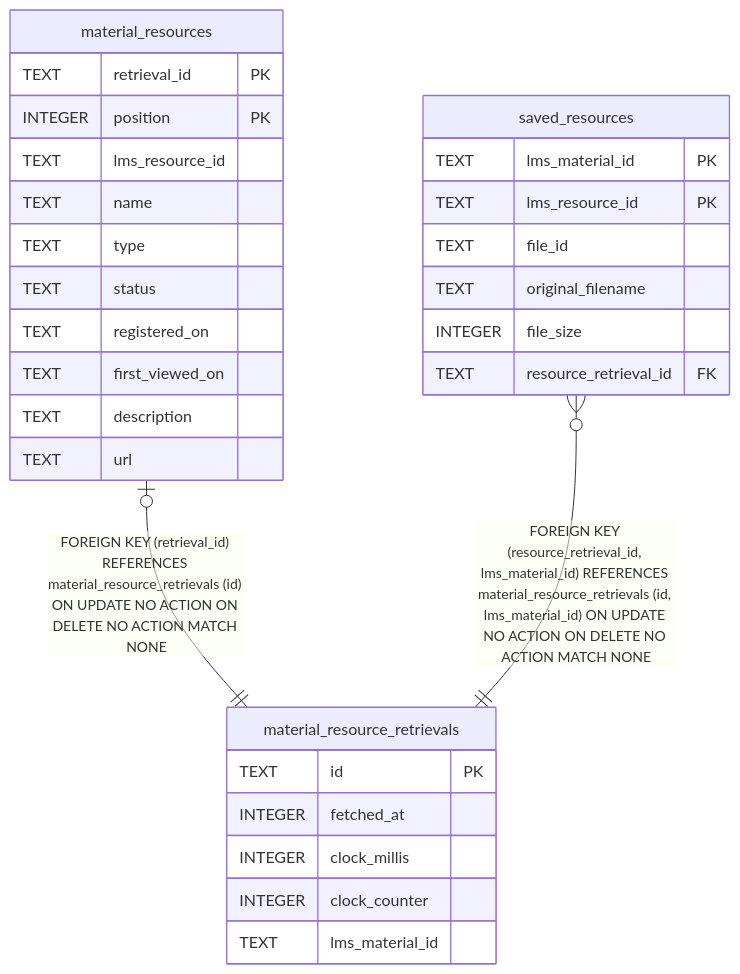
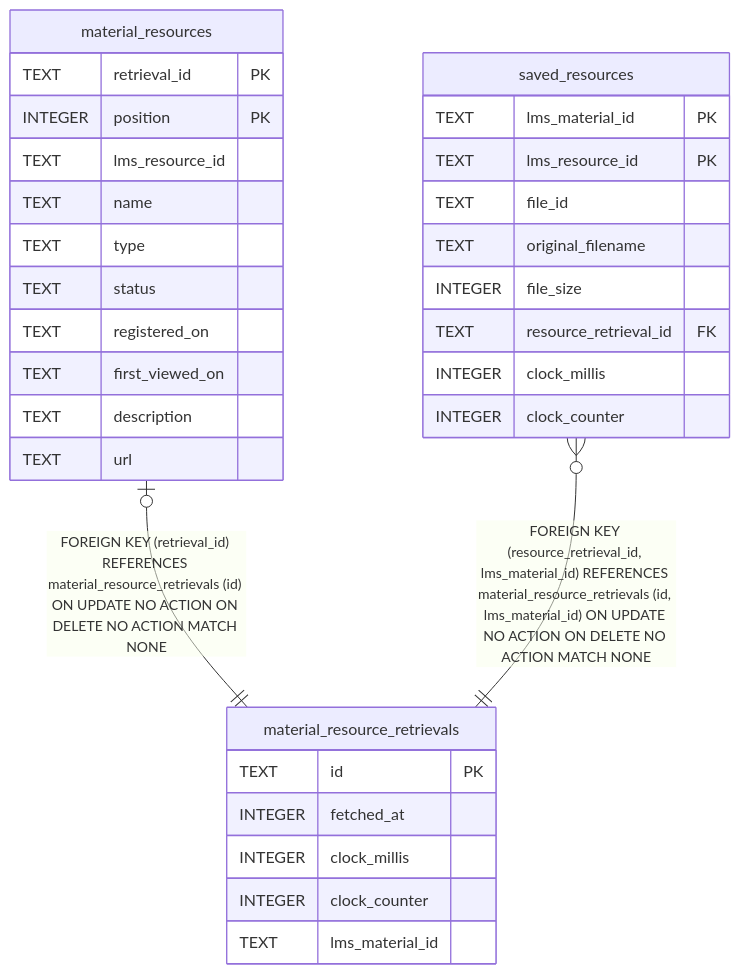
Before and after one commit to futsuuu/ku-potato: the diagram in docs/db/material_resource_retrievals.md, drawn with Mermaid. The commit also changed 12 other files, not shown here.

````diff
--- a/docs/db/material_resource_retrievals.md
+++ b/docs/db/material_resource_retrievals.md
@@ -55,34 +55,36 @@
 ```mermaid
 erDiagram
 
 "material_resources" |o--|| "material_resource_retrievals" : "FOREIGN KEY (retrieval_id) REFERENCES material_resource_retrievals (id) ON UPDATE NO ACTION ON DELETE NO ACTION MATCH NONE"
 "saved_resources" }o--|| "material_resource_retrievals" : "FOREIGN KEY (resource_retrieval_id, lms_material_id) REFERENCES material_resource_retrievals (id, lms_material_id) ON UPDATE NO ACTION ON DELETE NO ACTION MATCH NONE"
 
 "material_resource_retrievals" {
   TEXT id PK
   INTEGER fetched_at
   INTEGER clock_millis
   INTEGER clock_counter
   TEXT lms_material_id
 }
 "material_resources" {
   TEXT retrieval_id PK
   INTEGER position PK
   TEXT lms_resource_id
   TEXT name
   TEXT type
   TEXT status
   TEXT registered_on
   TEXT first_viewed_on
   TEXT description
   TEXT url
 }
 "saved_resources" {
   TEXT lms_material_id PK
   TEXT lms_resource_id PK
   TEXT file_id
   TEXT original_filename
   INTEGER file_size
   TEXT resource_retrieval_id FK
+  INTEGER clock_millis
+  INTEGER clock_counter
 }
 ```
````
